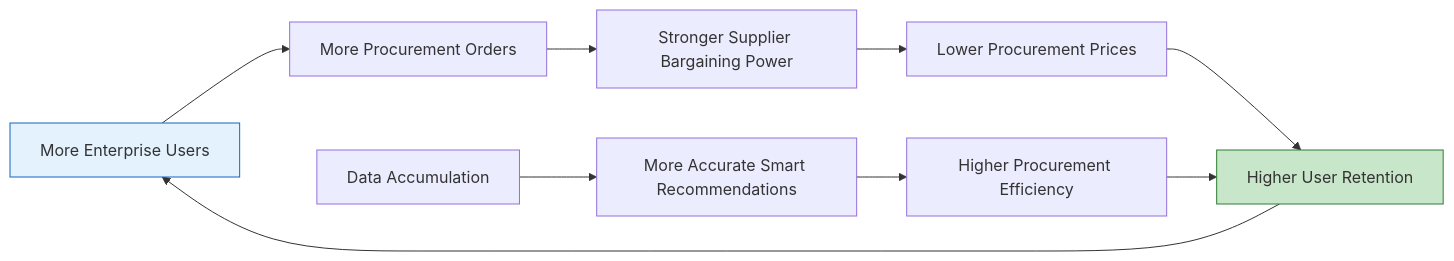
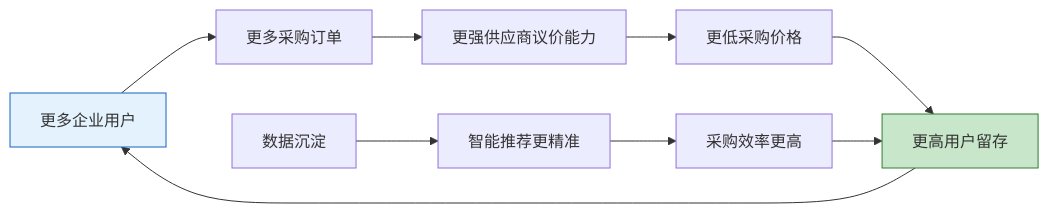
Before and after one commit to Kirky-X/cangjie: diagram 13 of 18 in templates/Product/Strategy/Template-MRD.md, drawn with Mermaid. The commit also changed other lines of this file and 33 other files, not shown here.

````diff
--- a/templates/Product/Strategy/Template-MRD.md
+++ b/templates/Product/Strategy/Template-MRD.md
@@ -574,15 +574,15 @@
 ```mermaid
 graph LR
-    A[More Enterprise Users] --> B[More Procurement Orders]
-    B --> C[Stronger Supplier Bargaining Power]
-    C --> D[Lower Procurement Prices]
-    D --> E[Higher User Retention]
+    A[更多企业用户] --> B[更多采购订单]
+    B --> C[更强供应商议价能力]
+    C --> D[更低采购价格]
+    D --> E[更高用户留存]
     E --> A
 
-    F[Data Accumulation] --> G[More Accurate Smart Recommendations]
-    G --> H[Higher Procurement Efficiency]
+    F[数据沉淀] --> G[智能推荐更精准]
+    G --> H[采购效率更高]
     H --> E
 
     style A fill:#e3f2fd,stroke:#1565c0
     style E fill:#c8e6c9,stroke:#2e7d32
 ```
````
